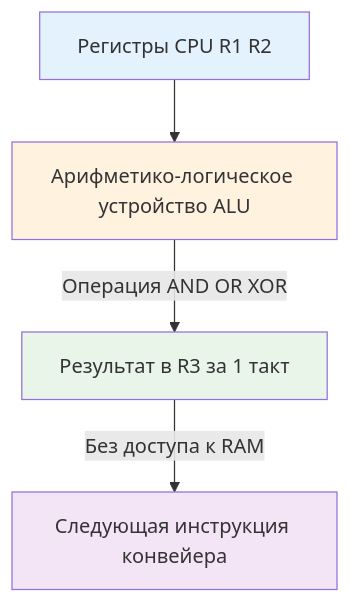
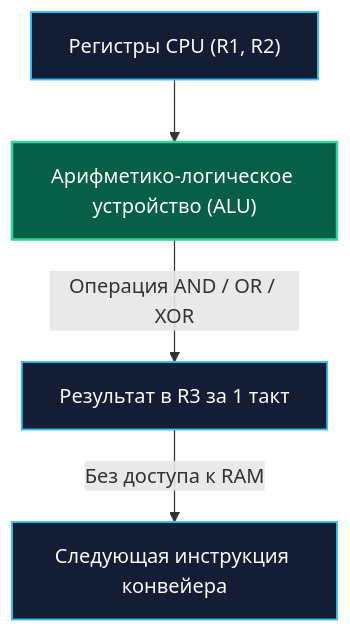
The diagram in sources/20. Алгоритмы и структуры данных (DSA) на Go/13. Численные и битовые алгоритмы/1. Битовые операции.md (UnrealTemplier/go-textbook), drawn with Mermaid before and after one commit. The commit also changed other lines of this file, not shown here.

Commit message:
feat(module-20): editorial rewrite of 13.1 Bit operations in Kernighan style

````diff
--- a/sources/20. Алгоритмы и структуры данных (DSA) на Go/13. Численные и битовые алгоритмы/1. Битовые операции.md
+++ b/sources/20. Алгоритмы и структуры данных (DSA) на Go/13. Численные и битовые алгоритмы/1. Битовые операции.md
@@ -24,11 +34,10 @@
 ```mermaid
 flowchart TD
-    Reg["Регистры CPU R1 R2"] --> ALU["Арифметико-логическое устройство ALU"]
-    ALU -->|Операция AND OR XOR| BitOp["Результат в R3 за 1 такт"]
+    Reg["Регистры CPU (R1, R2)"] --> ALU["Арифметико-логическое устройство (ALU)"]
+    ALU -->|Операция AND / OR / XOR| BitOp["Результат в R3 за 1 такт"]
     BitOp -->|Без доступа к RAM| Next["Следующая инструкция конвейера"]
-    
-    style Reg fill:#e3f2fd
-    style ALU fill:#fff3e0
-    style BitOp fill:#e8f5e8
-    style Next fill:#f3e5f5
+
+    classDef default fill:#131d33,stroke:#38bdf8,stroke-width:1.5px,color:#f8fafc;
+    classDef aluNode fill:#065f46,stroke:#34d399,stroke-width:2px,color:#ffffff;
+    class ALU aluNode;
 ```
````
